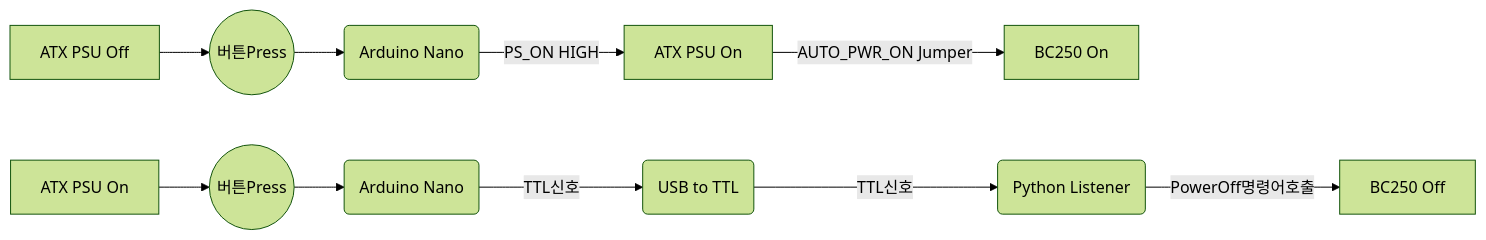
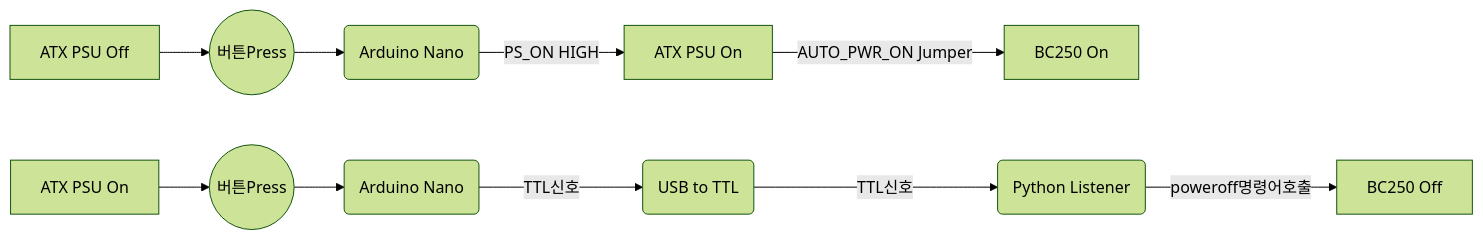
The first of 2 diagrams in README.md (coolsolgit/BC250-ATX-PSU-Control), drawn with Mermaid (forest theme) before and after one commit.

Commit message:
Fix typo in power off command in README

````diff
--- a/README.md
+++ b/README.md
@@ -23,13 +23,13 @@
 ```mermaid
 flowchart LR
 A1[ATX PSU Off] --> B1((버튼Press))
   B1 --> C1(Arduino Nano)
   C1 -->|PS_ON HIGH| D1[ATX PSU On]
   D1 -->|AUTO_PWR_ON Jumper| E1[BC250 On]
 A2[ATX PSU On] --> B2((버튼Press))
   B2 --> C2(Arduino Nano)
   C2 -->|TTL신호| D2(USB to TTL)
   D2 -->|TTL신호| E2(Python Listener)
-  E2 -->|PowerOff명령어호출| F2[BC250 Off]
+  E2 -->|poweroff명령어호출| F2[BC250 Off]
 
 ```
````
